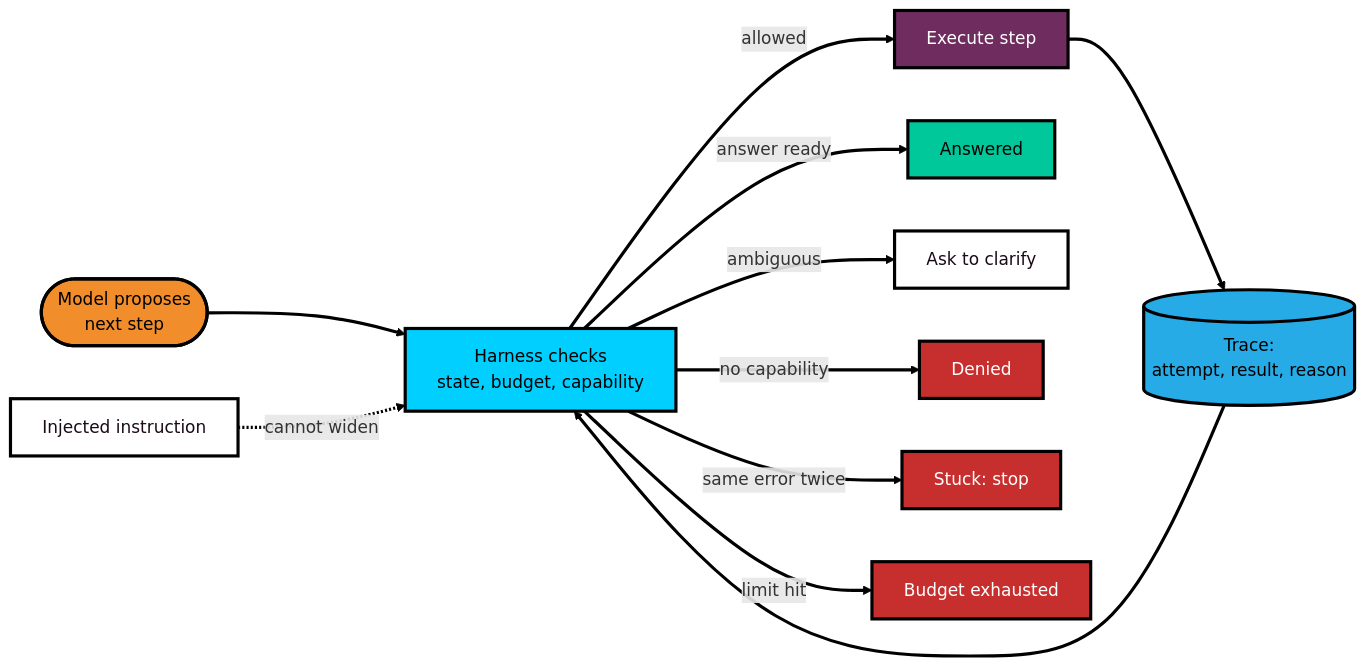
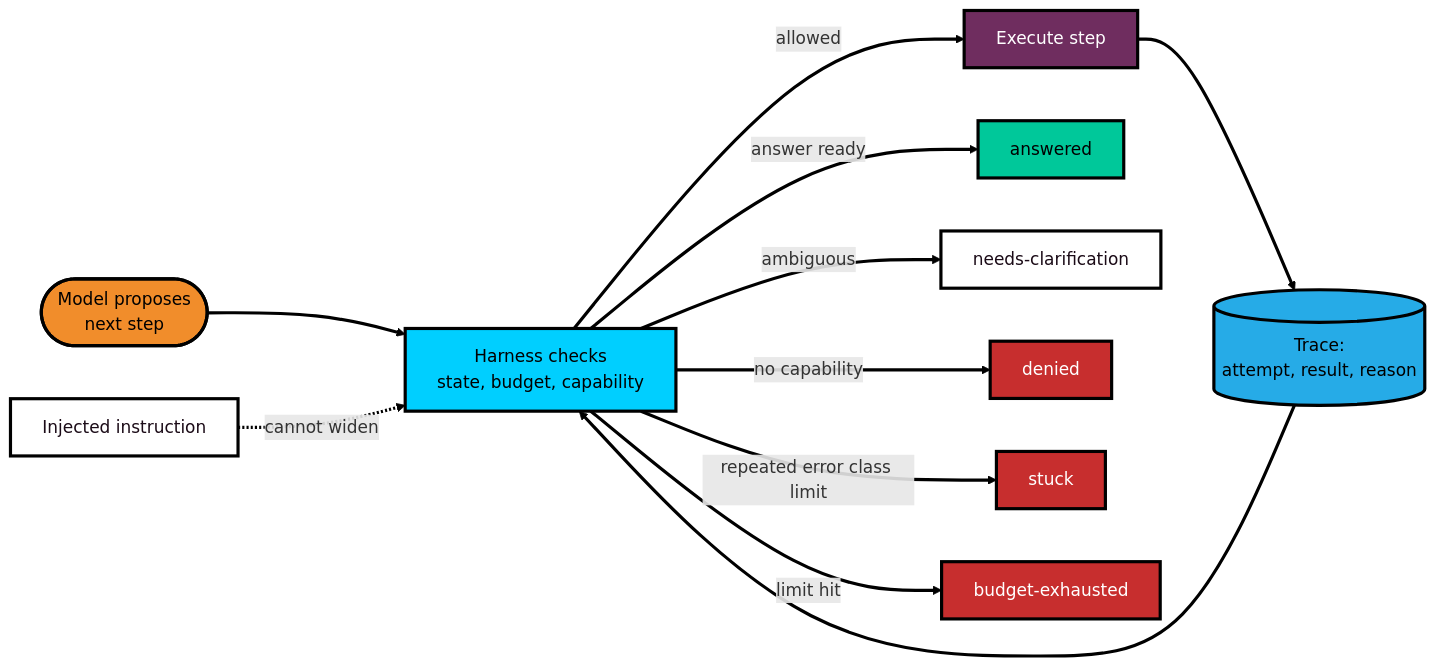
Before and after one commit to Soypete/ctx-eng-book: the diagram in book/substack/ch01.02-missing-state/diagram-1.mmd, drawn with Mermaid. The commit also changed 20 other files, not shown here.

```diff
--- a/book/substack/ch01.02-missing-state/diagram-1.mmd
+++ b/book/substack/ch01.02-missing-state/diagram-1.mmd
@@ -1,21 +1,21 @@
 flowchart LR
     M([Model proposes<br/>next step]) --> H[Harness checks<br/>state, budget, capability]
     H -->|allowed| E[Execute step]
     E --> T[(Trace:<br/>attempt, result, reason)]
     T --> H
-    H -->|answer ready| A[Answered]
-    H -->|ambiguous| C[Ask to clarify]
-    H -->|no capability| D[Denied]
-    H -->|same error twice| X[Stuck: stop]
-    H -->|limit hit| B[Budget exhausted]
+    H -->|answer ready| A[answered]
+    H -->|ambiguous| C[needs-clarification]
+    H -->|no capability| D[denied]
+    H -->|repeated error class limit| X[stuck]
+    H -->|limit hit| B[budget-exhausted]
     P[Injected instruction] -. cannot widen .-> H
 %% SoyPeteTech diagram roles — paste at the end of every diagram, then `class NodeId role;`
 classDef system  fill:#6f2d5f,stroke:#000,stroke-width:3px,color:#fff;
 classDef source  fill:#26abe7,stroke:#000,stroke-width:3px,color:#000;
 classDef model   fill:#f18d2b,stroke:#000,stroke-width:3px,color:#000;
 classDef ok      fill:#00c89a,stroke:#000,stroke-width:3px,color:#000;
 classDef neutral fill:#ffffff,stroke:#000,stroke-width:3px,color:#1b0b17;
 classDef denied  fill:#c72e2e,stroke:#000,stroke-width:3px,color:#fff;
 classDef focus   fill:#00cfff,stroke:#000,stroke-width:3px,color:#000;
 linkStyle default stroke:#000,stroke-width:3px;
 class M model; class H focus; class E system; class T source; class A ok; class C neutral; class D,X,B denied; class P neutral;
```
